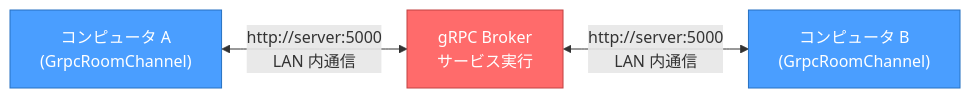
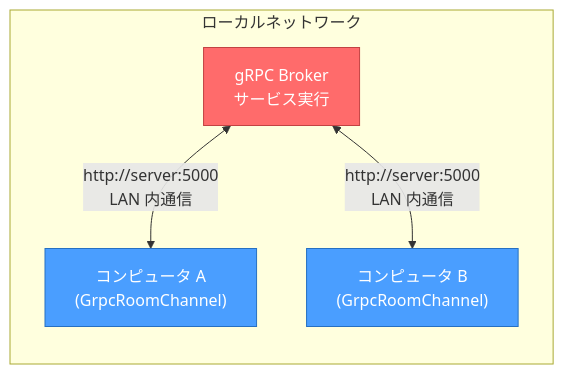
Before and after one commit to jun8k2003/RCOM13162: the third of 4 diagrams in README.md, drawn with Mermaid. The commit also changed other lines of this file, not shown here.

````diff
--- a/README.md
+++ b/README.md
@@ -73,9 +73,11 @@
 ```mermaid
 graph LR
-    A["コンピュータ A<br/>(GrpcRoomChannel)"] <-->|"http://server:5000<br/>LAN 内通信"| S["gRPC Broker<br/>サービス実行"]
-    S <-->|"http://server:5000<br/>LAN 内通信"| B["コンピュータ B<br/>(GrpcRoomChannel)"]
+    subgraph ローカルネットワーク
+      S["gRPC Broker<br/>サービス実行"]<-->|"http://server:5000<br/>LAN 内通信"|A["コンピュータ A<br/>(GrpcRoomChannel)"]
+      S <-->|"http://server:5000<br/>LAN 内通信"| B["コンピュータ B<br/>(GrpcRoomChannel)"]
+    end
 
     style A fill:#4a9eff,stroke:#2670c2,color:#fff
     style B fill:#4a9eff,stroke:#2670c2,color:#fff
     style S fill:#ff6b6b,stroke:#c24242,color:#fff
 ```
````
